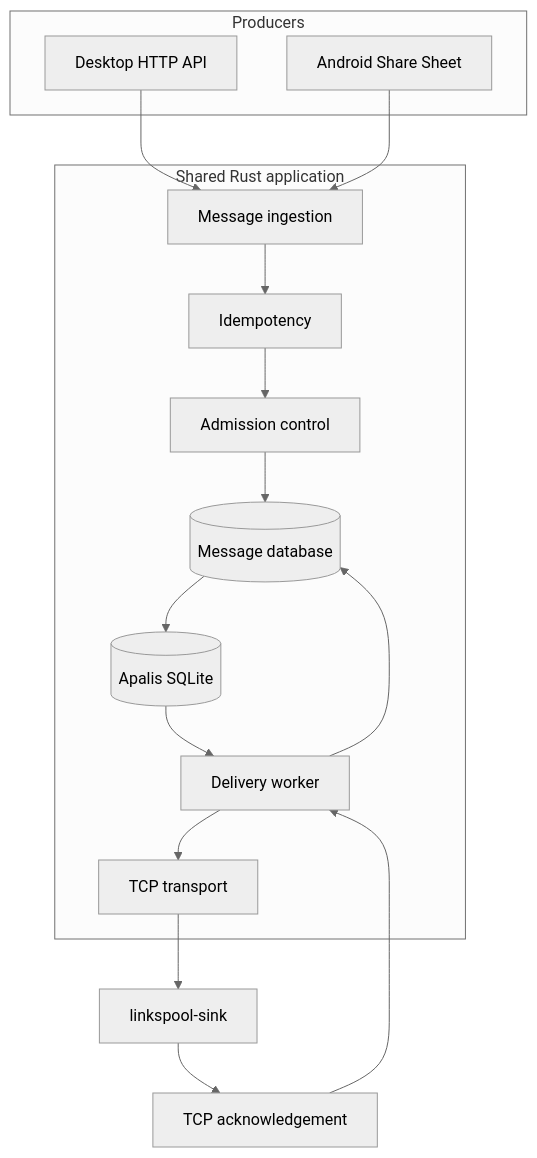
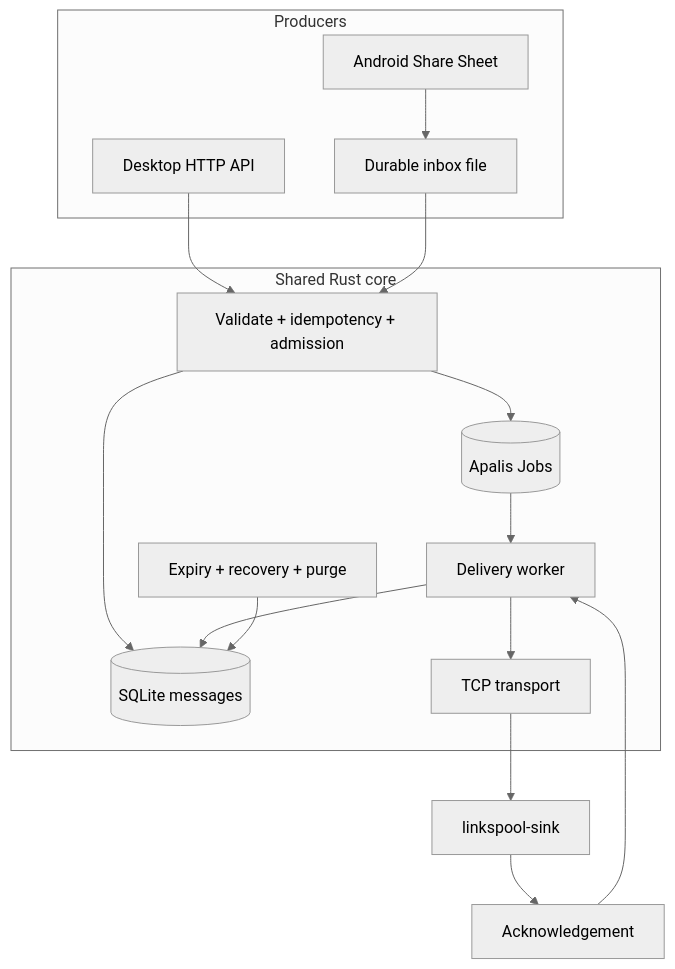
The diagram in README.md (84d4ad489df4/rivium-challenge), drawn with Mermaid (neutral theme) before and after one commit. The commit also changed other lines of this file and 44 other files, not shown here.

````diff
--- a/README.md
+++ b/README.md
@@ -60,30 +58,29 @@
 ```mermaid
 flowchart TB
     subgraph Producers
         HTTP["Desktop HTTP API"]
         SHARE["Android Share Sheet"]
+        INBOX["Durable inbox file"]
     end
 
-    subgraph Core["Shared Rust application"]
-        INGEST["Message ingestion"]
-        IDEM["Idempotency"]
-        ADMISSION["Admission control"]
-        DB[("Message database")]
-        JOBS[("Apalis SQLite")]
+    subgraph Core["Shared Rust core"]
+        SUBMIT["Validate + idempotency + admission"]
+        DB[("SQLite messages")]
+        JOBS[("Apalis Jobs")]
         WORKER["Delivery worker"]
         TCP["TCP transport"]
+        MAINT["Expiry + recovery + purge"]
     end
 
-    HTTP --> INGEST
-    SHARE --> INGEST
-    INGEST --> IDEM
-    IDEM --> ADMISSION
-    ADMISSION --> DB
-    DB --> JOBS
+    HTTP --> SUBMIT
+    SHARE --> INBOX --> SUBMIT
+    SUBMIT --> DB
+    SUBMIT --> JOBS
     JOBS --> WORKER
     WORKER --> TCP
     TCP --> SINK["linkspool-sink"]
-    SINK --> ACK["TCP acknowledgement"]
+    SINK --> ACK["Acknowledgement"]
     ACK --> WORKER
     WORKER --> DB
+    MAINT --> DB
 ```
````
